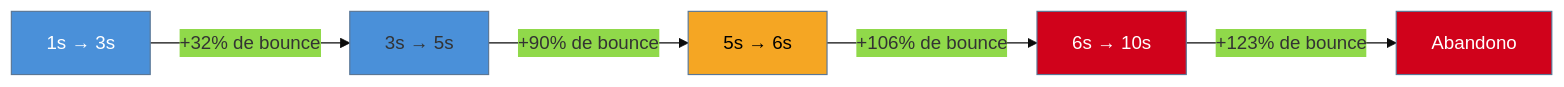
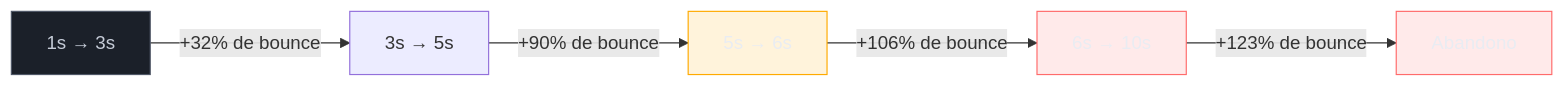
Before and after one commit to josenaldo/codex-technomanticus: the diagram in 03-Dominios/Tecnologia/Web Performance/Medição e Core Web Vitals/01 - Por que performance importa.md, drawn with Mermaid. The commit also changed 1181 other files, not shown here.

First line of the commit message:
fix(diagramas): paleta do sistema no lugar de cor cravada no markdown

````diff
--- a/03-Dominios/Tecnologia/Web Performance/Medição e Core Web Vitals/01 - Por que performance importa.md
+++ b/03-Dominios/Tecnologia/Web Performance/Medição e Core Web Vitals/01 - Por que performance importa.md
@@ -46,12 +46,14 @@
 ```mermaid
-%%{init: {"theme": "base", "themeVariables": {"primaryColor": "#4A90D9"}}}%%
 graph LR
+    classDef neutro fill:#1B2029,stroke:#4E5666,color:#C6CCD8
+    classDef destaque fill:#FFAA0024,stroke:#FFAA00,color:#E9ECF2
+    classDef falha fill:#FF6B6B24,stroke:#FF6B6B,color:#E9ECF2
     A["1s → 3s"] -->|"+32% de bounce"| B["3s → 5s"]
     B -->|"+90% de bounce"| C["5s → 6s"]
     C -->|"+106% de bounce"| D["6s → 10s"]
     D -->|"+123% de bounce"| E[Abandono]
-    style A fill:#4A90D9,color:#fff
-    style C fill:#F5A623,color:#000
-    style D fill:#D0021B,color:#fff
-    style E fill:#D0021B,color:#fff
+    class A neutro
+    class C destaque
+    class D falha
+    class E falha
 ```
````
